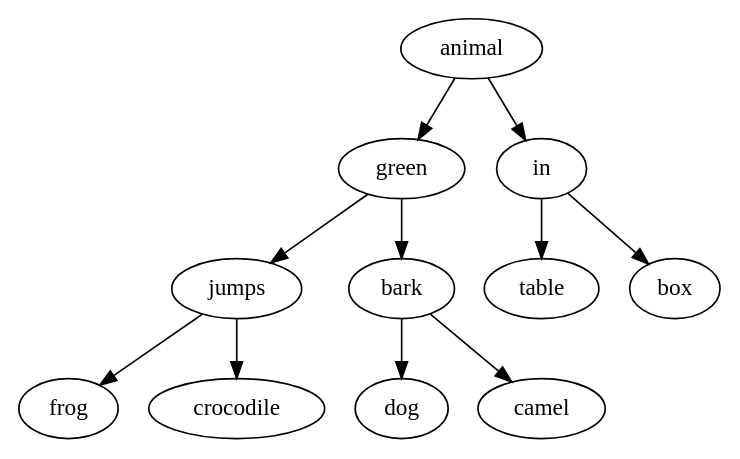
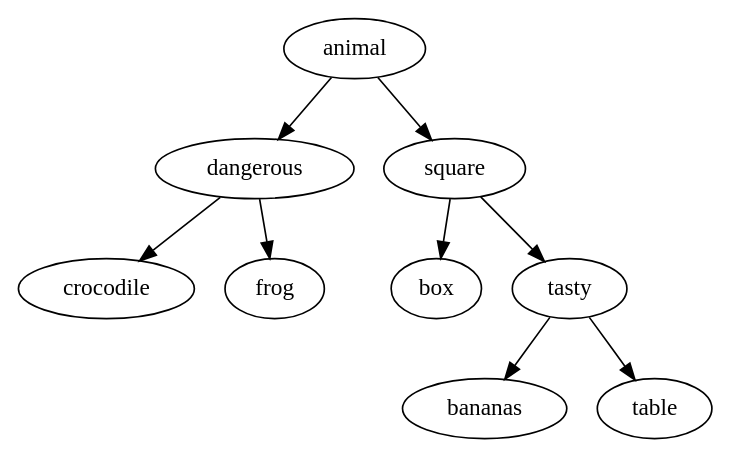
The diagram in akinator/tree.dot (alextroegubov/Technotrack-C-course), drawn with Graphviz before and after one commit. The commit also changed 11 other files, not shown here.

```diff
--- a/akinator/tree.dot
+++ b/akinator/tree.dot
@@ -1,24 +1,20 @@
 digraph G {
-372972912[label = frog]
-372972832[label = jumps]
-372972832->372972912;
-372972832->372972592;
-372972592[label = crocodile]
-372972512[label = green]
-372972512->372972832;
-372972512->372972672;
-372972752[label = dog]
-372972672[label = bark]
-372972672->372972752;
-372972672->372971392;
-372971392[label = camel]
-372971232[label = animal]
-372971232->372972512;
-372971232->372972992;
-372973072[label = table]
-372972992[label = in]
-372972992->372973072;
-372972992->372971312;
-372971312[label = box]
+94030737728848[label = crocodile]
+94030737728768[label = dangerous]
+94030737728768->94030737728848;
+94030737728768->94030737728928;
+94030737728928[label = frog]
+94030737728688[label = animal]
+94030737728688->94030737728768;
+94030737728688->94030737729008;
+94030737729088[label = box]
+94030737729008[label = square]
+94030737729008->94030737729088;
+94030737729008->94030737731328;
+94030737731408[label = bananas]
+94030737731328[label = tasty]
+94030737731328->94030737731408;
+94030737731328->94030737729168;
+94030737729168[label = table]
 
 }
```
